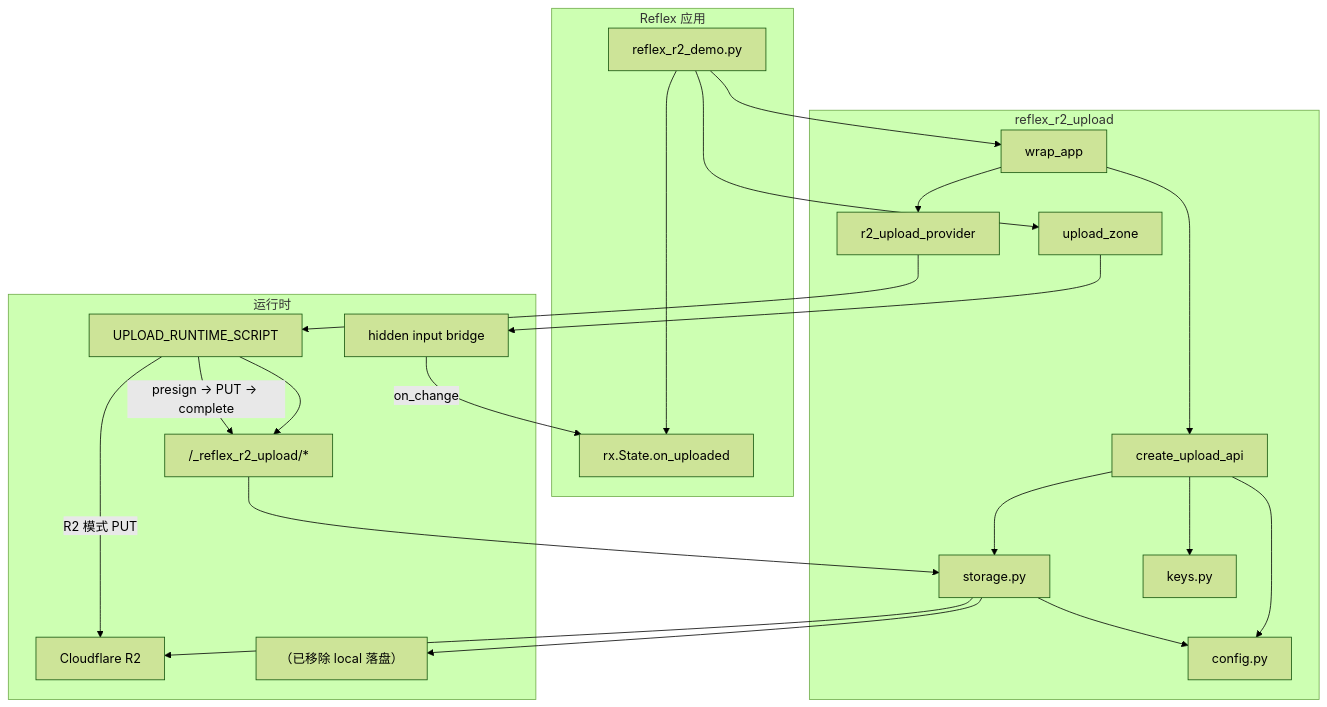
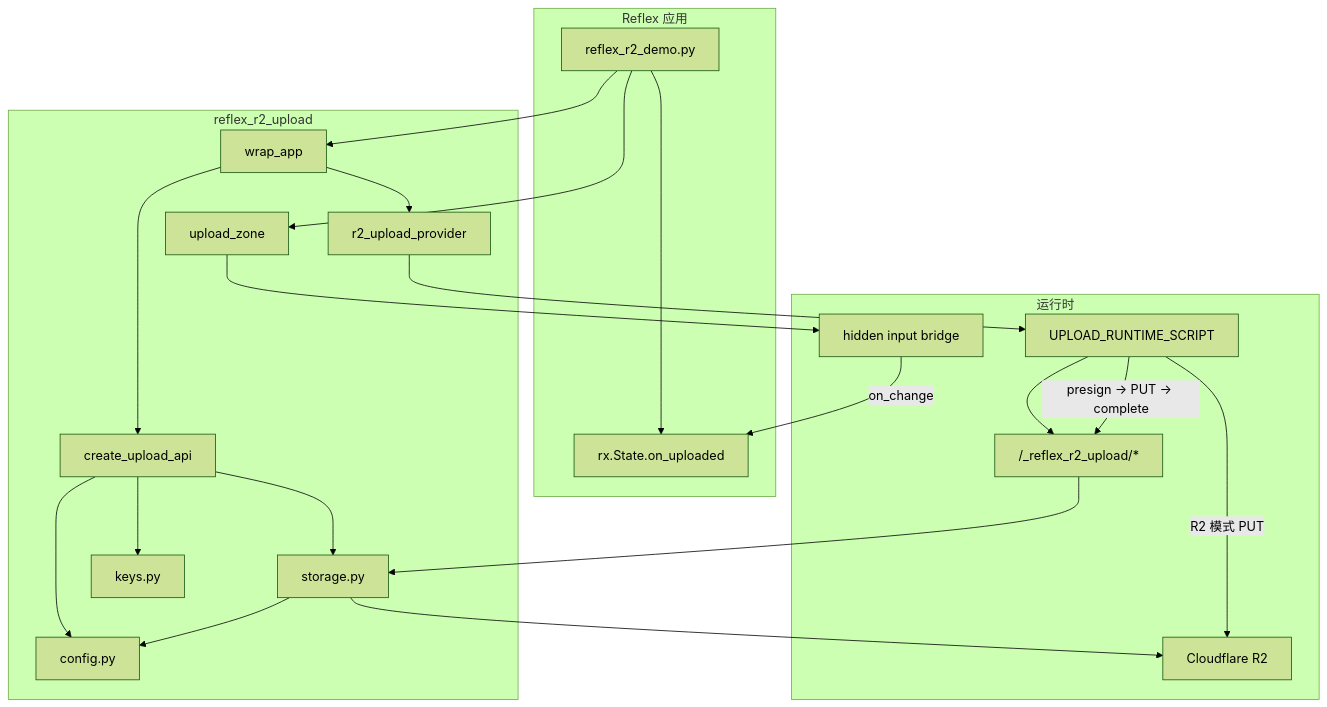
One commit to JiaLiangChen99/reflex_r2_upload changed the first of 2 diagrams in docs/zh/architecture.md. Above: the diagram before and after it, drawn with Mermaid (forest theme). The commit also changed other lines of this file and 40 other files, not shown here.

````diff
--- a/docs/zh/architecture.md
+++ b/docs/zh/architecture.md
@@ -68,45 +73,43 @@
 ```mermaid
 graph TB
     subgraph App["Reflex 应用"]
         Demo["reflex_r2_demo.py"]
         State["rx.State.on_uploaded"]
         Demo --> State
     end
 
     subgraph Lib["reflex_r2_upload"]
         Wrap["wrap_app"]
         Provider["r2_upload_provider"]
         Zone["upload_zone"]
         Routes["create_upload_api"]
         Storage["storage.py"]
         Keys["keys.py"]
         Config["config.py"]
 
         Wrap --> Provider
         Wrap --> Routes
         Routes --> Storage
         Routes --> Keys
         Routes --> Config
         Storage --> Config
     end
 
     subgraph Runtime["运行时"]
         JS["UPLOAD_RUNTIME_SCRIPT"]
         Bridge["hidden input bridge"]
         API["/_reflex_r2_upload/*"]
         R2["Cloudflare R2"]
-        Local["（已移除 local 落盘）"]
     end
 
     Demo --> Wrap
     Demo --> Zone
     Provider --> JS
     Zone --> Bridge
     JS --> API
     JS -->|R2 模式 PUT| R2
     JS -->|presign → PUT → complete| API
     Bridge -->|on_change| State
     API --> Storage
     Storage --> R2
-    Storage --> Local
 ```
````
